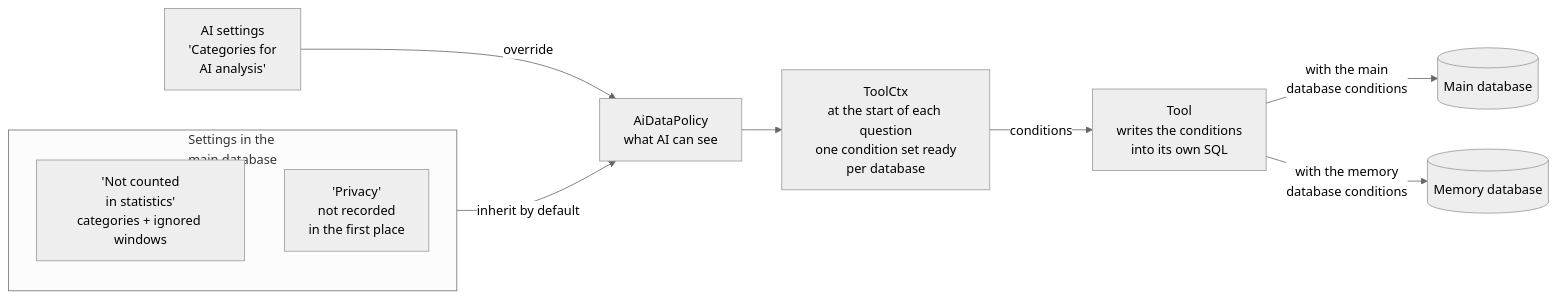
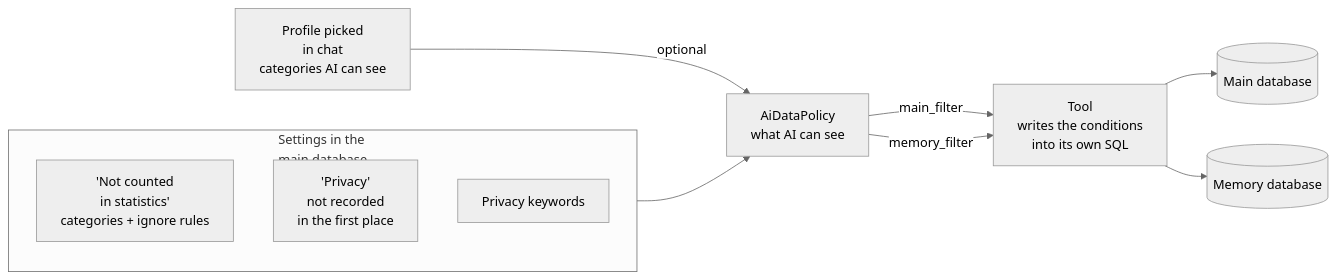
The sixth of 7 diagrams in docs/design/ai/en/tools/0-overview.md (Tomotsugu-dev/Hindsight), drawn with Mermaid (neutral theme) before and after one commit. The commit also changed other lines of this file and 5 other files, not shown here.

````diff
--- a/docs/design/ai/en/tools/0-overview.md
+++ b/docs/design/ai/en/tools/0-overview.md
@@ -266,19 +266,19 @@
 ```mermaid
 flowchart LR
   subgraph app["Settings in the<br/>main database"]
-    h["'Not counted<br/>in statistics'<br/>categories + ignored windows"]
+    h["'Not counted<br/>in statistics'<br/>categories + ignore rules"]
     p["'Privacy'<br/>not recorded<br/>in the first place"]
+    k["Privacy keywords"]
   end
-  ai["AI settings<br/>'Categories for<br/>AI analysis'"]
+  prof["Profile picked<br/>in chat<br/>categories AI can see"]
   policy["AiDataPolicy<br/>what AI can see"]
-  ctx["ToolCtx<br/>at the start of each question<br/>one condition set ready<br/>per database"]
   tool["Tool<br/>writes the conditions<br/>into its own SQL"]
   main[("Main database")]
   mem[("Memory database")]
-  app -->|"inherit by default"| policy
-  ai -->|"override"| policy
-  policy --> ctx
-  ctx -->|"conditions"| tool
-  tool -->|"with the main<br/>database conditions"| main
-  tool -->|"with the memory<br/>database conditions"| mem
+  app --> policy
+  prof -->|"optional"| policy
+  policy -->|"main_filter"| tool
+  policy -->|"memory_filter"| tool
+  tool --> main
+  tool --> mem
 ```
````
